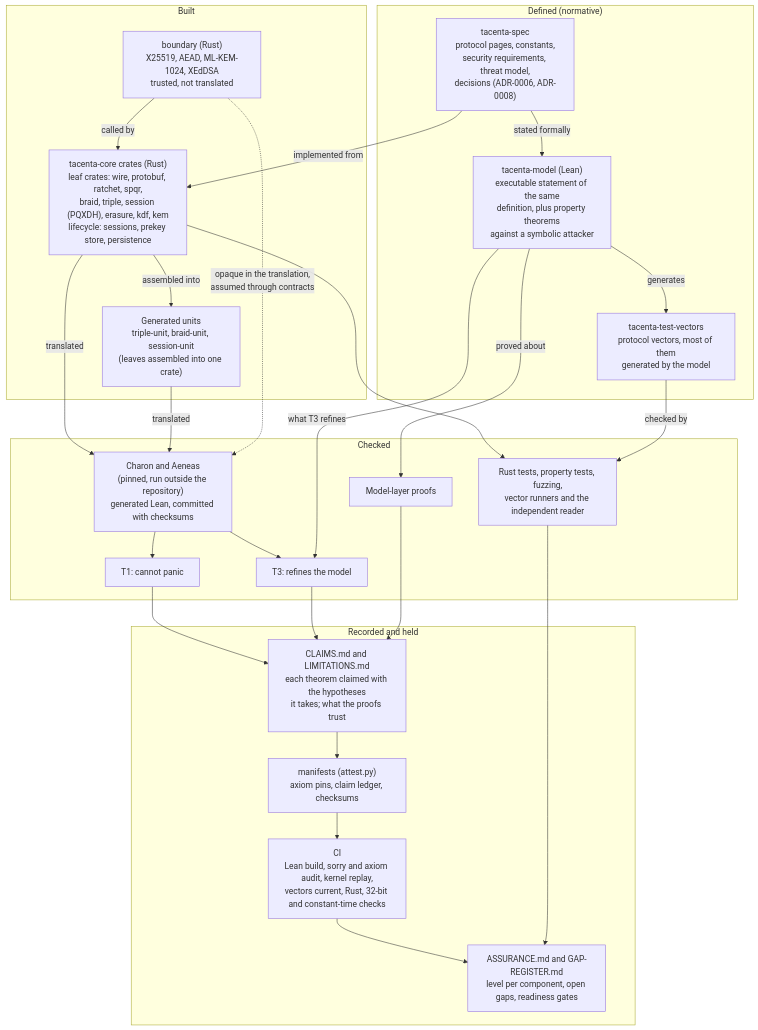
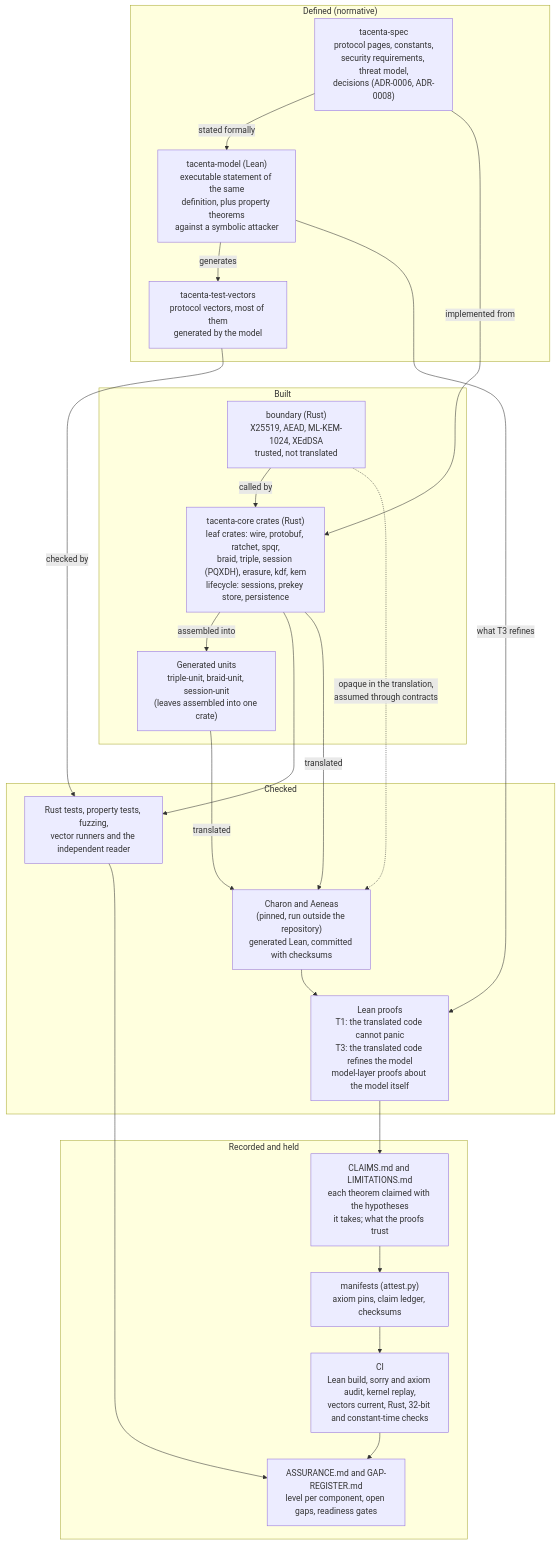
One commit to Natuvea/tacenta-core changed the diagram in README.md. Above: the diagram before and after it, drawn with Mermaid.

Commit message:
docs: lay the diagram out as one column from the specification down to the assurance record

````diff
--- a/README.md
+++ b/README.md
@@ -101,53 +101,52 @@
 ```mermaid
 flowchart TD
     subgraph DEFINE["Defined (normative)"]
         SPEC["tacenta-spec<br/>protocol pages, constants,<br/>security requirements, threat model,<br/>decisions (ADR-0006, ADR-0008)"]
         MODEL["tacenta-model (Lean)<br/>executable statement of the same<br/>definition, plus property theorems<br/>against a symbolic attacker"]
         VEC["tacenta-test-vectors<br/>protocol vectors, most of them<br/>generated by the model"]
     end
 
     subgraph BUILD["Built"]
+        BOUND["boundary (Rust)<br/>X25519, AEAD, ML-KEM-1024, XEdDSA<br/>trusted, not translated"]
         CRATES["tacenta-core crates (Rust)<br/>leaf crates: wire, protobuf, ratchet, spqr,<br/>braid, triple, session (PQXDH), erasure, kdf, kem<br/>lifecycle: sessions, prekey store, persistence"]
-        BOUND["boundary (Rust)<br/>X25519, AEAD, ML-KEM-1024, XEdDSA<br/>trusted, not translated"]
         UNITS["Generated units<br/>triple-unit, braid-unit, session-unit<br/>(leaves assembled into one crate)"]
     end
 
     subgraph CHECK["Checked"]
         TESTS["Rust tests, property tests, fuzzing,<br/>vector runners and the independent reader"]
         TRANS["Charon and Aeneas<br/>(pinned, run outside the repository)<br/>generated Lean, committed with checksums"]
-        T1["T1: cannot panic"]
-        T3["T3: refines the model"]
-        MPROOF["Model-layer proofs"]
+        PROOFS["Lean proofs<br/>T1: the translated code cannot panic<br/>T3: the translated code refines the model<br/>model-layer proofs about the model itself"]
     end
 
     subgraph RECORD["Recorded and held"]
         CLAIMS["CLAIMS.md and LIMITATIONS.md<br/>each theorem claimed with the hypotheses<br/>it takes; what the proofs trust"]
         MANIFEST["manifests (attest.py)<br/>axiom pins, claim ledger, checksums"]
         CI["CI<br/>Lean build, sorry and axiom audit, kernel replay,<br/>vectors current, Rust, 32-bit and constant-time checks"]
         ASSURE["ASSURANCE.md and GAP-REGISTER.md<br/>level per component, open gaps, readiness gates"]
     end
 
+    VEC --> BOUND
+    UNITS --> TESTS
+    TESTS --> TRANS
+
     SPEC -->|"stated formally"| MODEL
-    SPEC -->|"implemented from"| CRATES
     MODEL -->|"generates"| VEC
     BOUND -->|"called by"| CRATES
     CRATES -->|"assembled into"| UNITS
+    TRANS --> PROOFS
+    PROOFS --> CLAIMS
+    CLAIMS --> MANIFEST
+    MANIFEST --> CI
+    CI --> ASSURE
 
+    SPEC -->|"implemented from"| CRATES
+    VEC -->|"checked by"| TESTS
     CRATES --> TESTS
-    VEC -->|"checked by"| TESTS
     CRATES -->|"translated"| TRANS
     UNITS -->|"translated"| TRANS
     BOUND -. "opaque in the translation,<br/>assumed through contracts" .-> TRANS
-    TRANS --> T1
-    TRANS --> T3
-    MODEL -->|"what T3 refines"| T3
-    MODEL -->|"proved about"| MPROOF
+    MODEL -->|"what T3 refines"| PROOFS
+    TESTS --> ASSURE
 
-    T1 --> CLAIMS
-    T3 --> CLAIMS
-    MPROOF --> CLAIMS
-    CLAIMS --> MANIFEST
-    MANIFEST --> CI
-    CI --> ASSURE
-    TESTS --> ASSURE
+    linkStyle 0,1,2 stroke-width:0px,stroke:transparent
 ```
````
